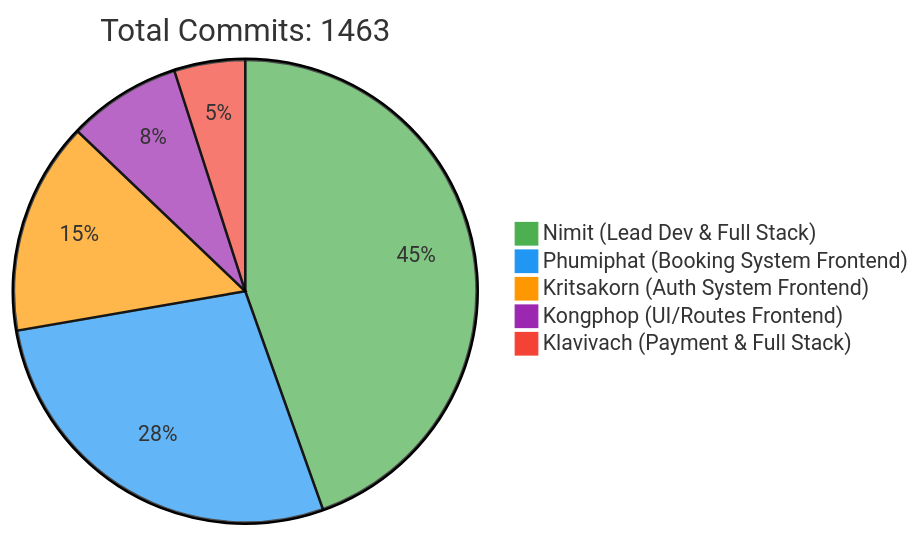
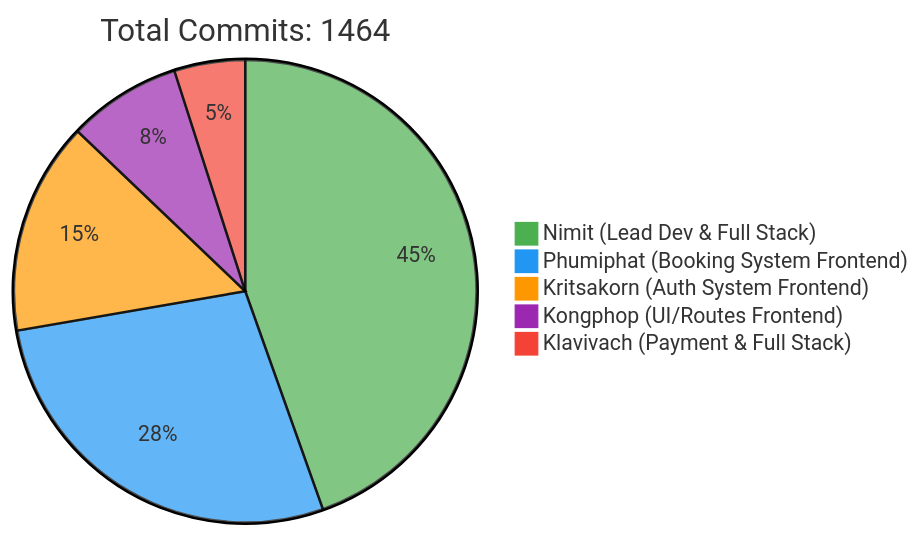
Before and after one commit to 6531503042/Sport-Complex: the first of 2 diagrams in README.md, drawn with Mermaid. The commit also changed other lines of this file, not shown here.

Commit message:
docs: Update contributor statistics [skip ci]

````diff
--- a/README.md
+++ b/README.md
@@ -257,10 +257,10 @@
 ```mermaid
 %%{init: {'theme': 'base', 'themeVariables': { 'pie1': '#4CAF50', 'pie2': '#2196F3', 'pie3': '#FF9800', 'pie4': '#9C27B0', 'pie5': '#F44336'}}}%%
 pie
-    title Total Commits: 1463
+    title Total Commits: 1464
     "Nimit (Lead Dev & Full Stack)" : 450
     "Phumiphat (Booking System Frontend)" : 280
     "Kritsakorn (Auth System Frontend)" : 150
     "Kongphop (UI/Routes Frontend)" : 80
     "Klavivach (Payment & Full Stack)" : 50
 ```
````
